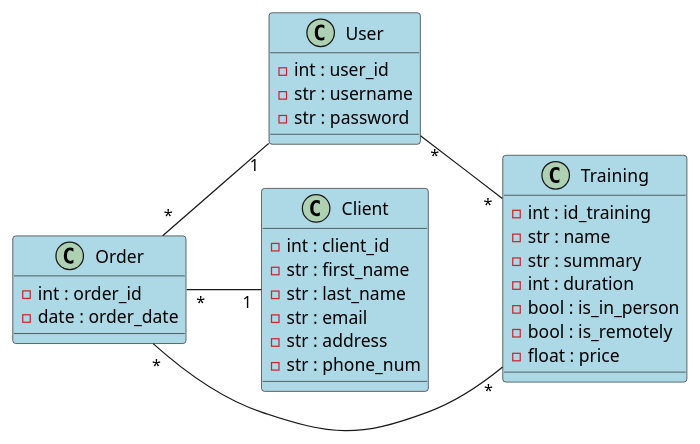
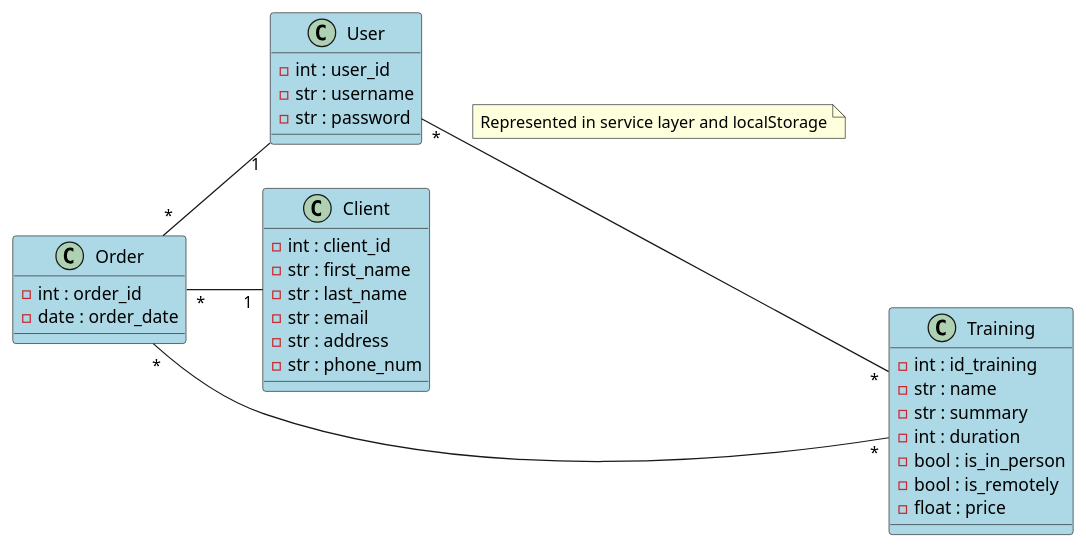
One commit to rdpt03/FMS-JAVA-Eval-FormationsManager changed the diagram in docs/class.puml. Above: the diagram before and after it, drawn with PlantUML.

Commit message:
add note under User Training relation

```diff
--- a/docs/class.puml
+++ b/docs/class.puml
@@ -1,45 +1,47 @@
 @startuml
 'https://plantuml.com/class-diagram
 left to right direction
 
 
 
 class Order #LightBlue{
     -int : order_id
     -date : order_date
 }
 
 class User #LightBlue{
     -int : user_id
     -str : username
     -str : password
 }
 
 class Client #LightBlue{
     -int : client_id
     -str : first_name
     -str : last_name
     -str : email
     -str : address
     -str : phone_num
 }
 
 class Training #LightBlue{
     -int : id_training
     -str : name
     -str : summary
     -int : duration
     -bool : is_in_person
     -bool : is_remotely
     -float : price
 }
 
 User "*" -- "*" Training
-
+note on link
+  Represented in service layer and localStorage
+end note
 
 
 Order "*"--"1" User
 Order "*"--"1" Client
 Order "*"--"*" Training
 
 @enduml
```
